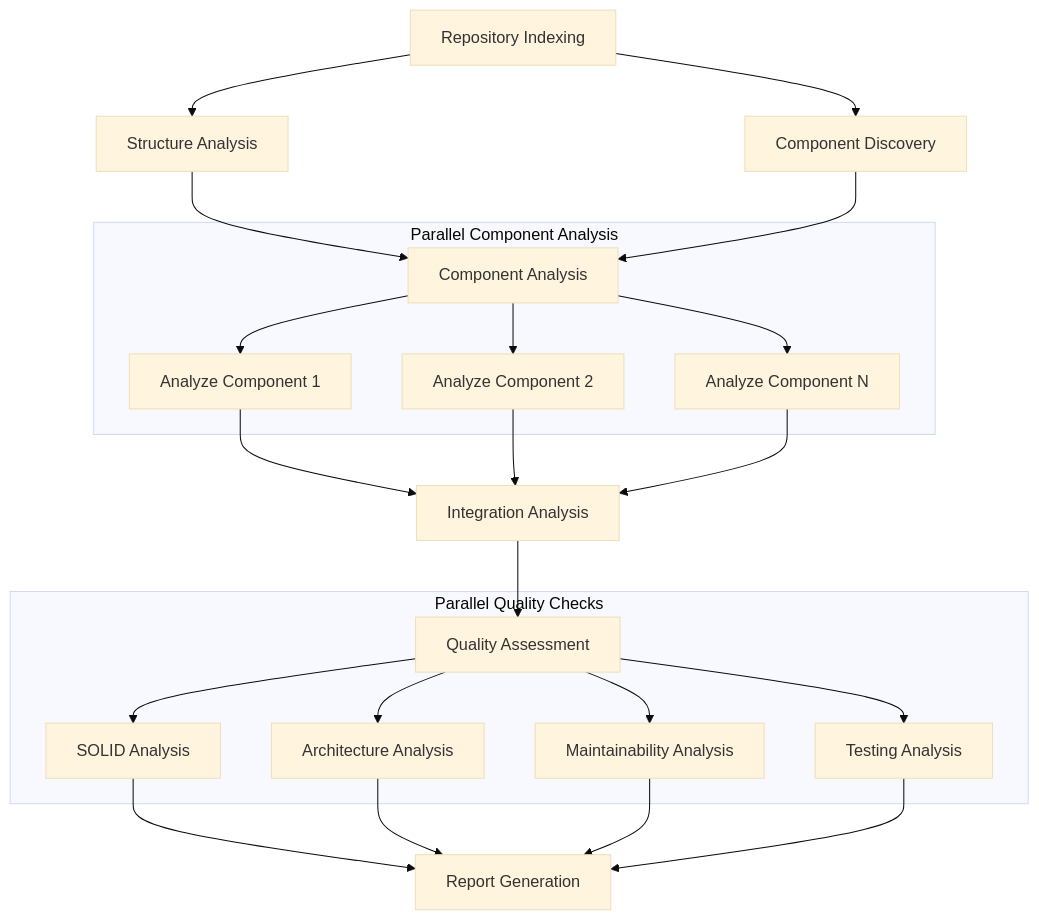
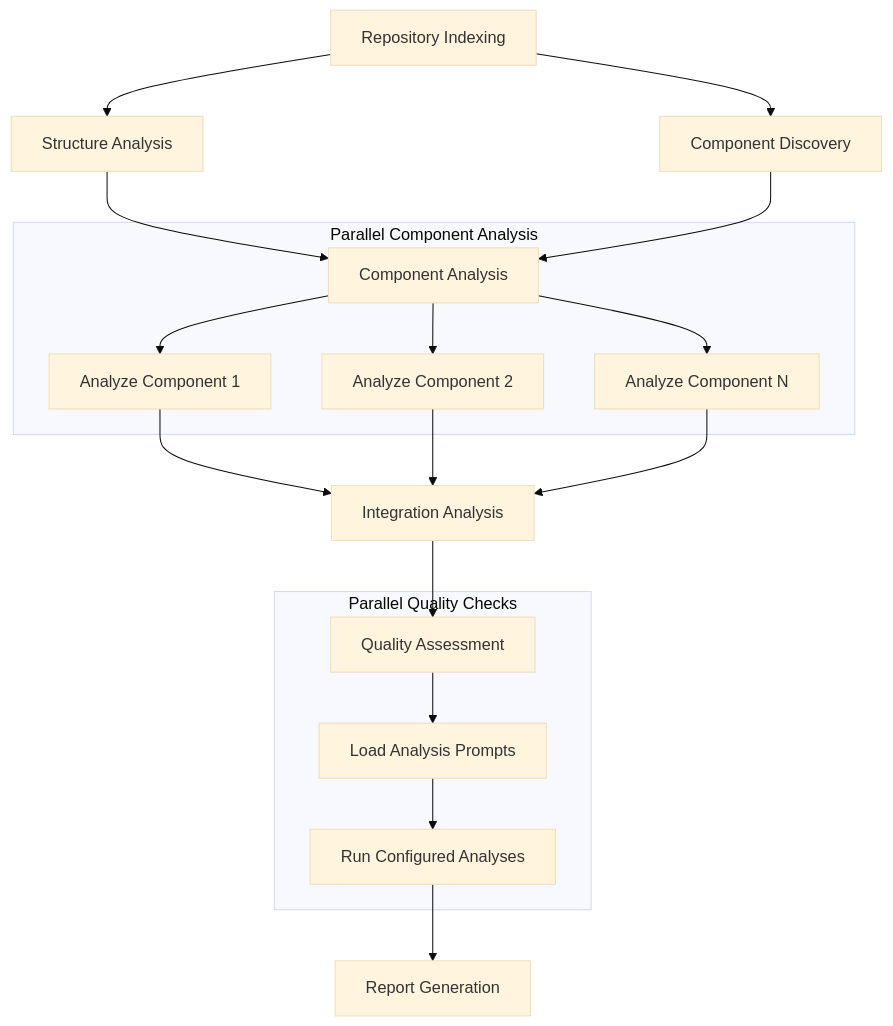
The diagram in docs/project-plan.md (davidvc/codebase-evaluator), drawn with Mermaid (base theme) before and after one commit. The commit also changed other lines of this file, not shown here.

Commit message:
Configurable analysis

````diff
--- a/docs/project-plan.md
+++ b/docs/project-plan.md
@@ -8,27 +8,25 @@
 ```mermaid
 graph TD
     A[Repository Indexing] --> B[Structure Analysis]
     A --> C[Component Discovery]
     
     B --> D[Component Analysis]
     C --> D
     
     subgraph "Parallel Component Analysis"
         D --> D1[Analyze Component 1]
         D --> D2[Analyze Component 2]
         D --> D3[Analyze Component N]
     end
     
     D1 & D2 & D3 --> E[Integration Analysis]
     
     E --> F[Quality Assessment]
     
     subgraph "Parallel Quality Checks"
-        F --> F1[SOLID Analysis]
-        F --> F2[Architecture Analysis]
-        F --> F3[Maintainability Analysis]
-        F --> F4[Testing Analysis]
+        F --> F1[Load Analysis Prompts]
+        F1 --> F2[Run Configured Analyses]
     end
     
-    F1 & F2 & F3 & F4 --> G[Report Generation]
+    F2 --> G[Report Generation]
 ```
````
